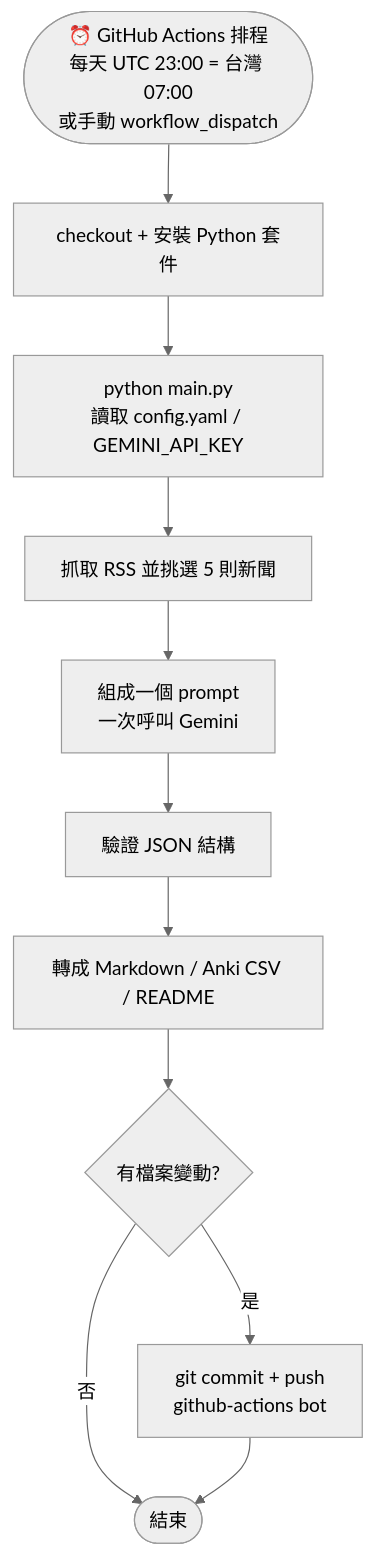
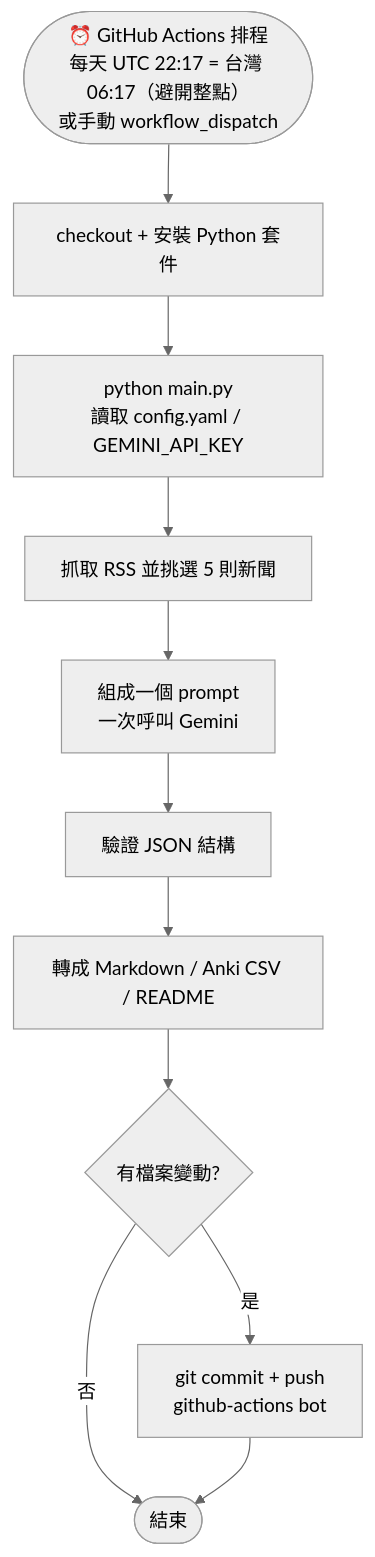
Before and after one commit to qsceszwdvrdx/en_news: the first of 5 diagrams in HOW_IT_WORKS.md, drawn with Mermaid (neutral theme). The commit also changed 1 other file, not shown here.

Commit message:
Move cron off the top of the hour to avoid schedule delays

````diff
--- a/HOW_IT_WORKS.md
+++ b/HOW_IT_WORKS.md
@@ -7,13 +7,13 @@
 ```mermaid
 flowchart TD
-    A([⏰ GitHub Actions 排程<br/>每天 UTC 23:00 = 台灣 07:00<br/>或手動 workflow_dispatch]) --> B[checkout + 安裝 Python 套件]
+    A([⏰ GitHub Actions 排程<br/>每天 UTC 22:17 = 台灣 06:17（避開整點）<br/>或手動 workflow_dispatch]) --> B[checkout + 安裝 Python 套件]
     B --> C[python main.py<br/>讀取 config.yaml / GEMINI_API_KEY]
     C --> D[抓取 RSS 並挑選 5 則新聞]
     D --> E[組成一個 prompt<br/>一次呼叫 Gemini]
     E --> F[驗證 JSON 結構]
     F --> G[轉成 Markdown / Anki CSV / README]
     G --> H{有檔案變動?}
     H -- 是 --> I[git commit + push<br/>github-actions bot]
     H -- 否 --> J([結束])
     I --> J
 ```
````
